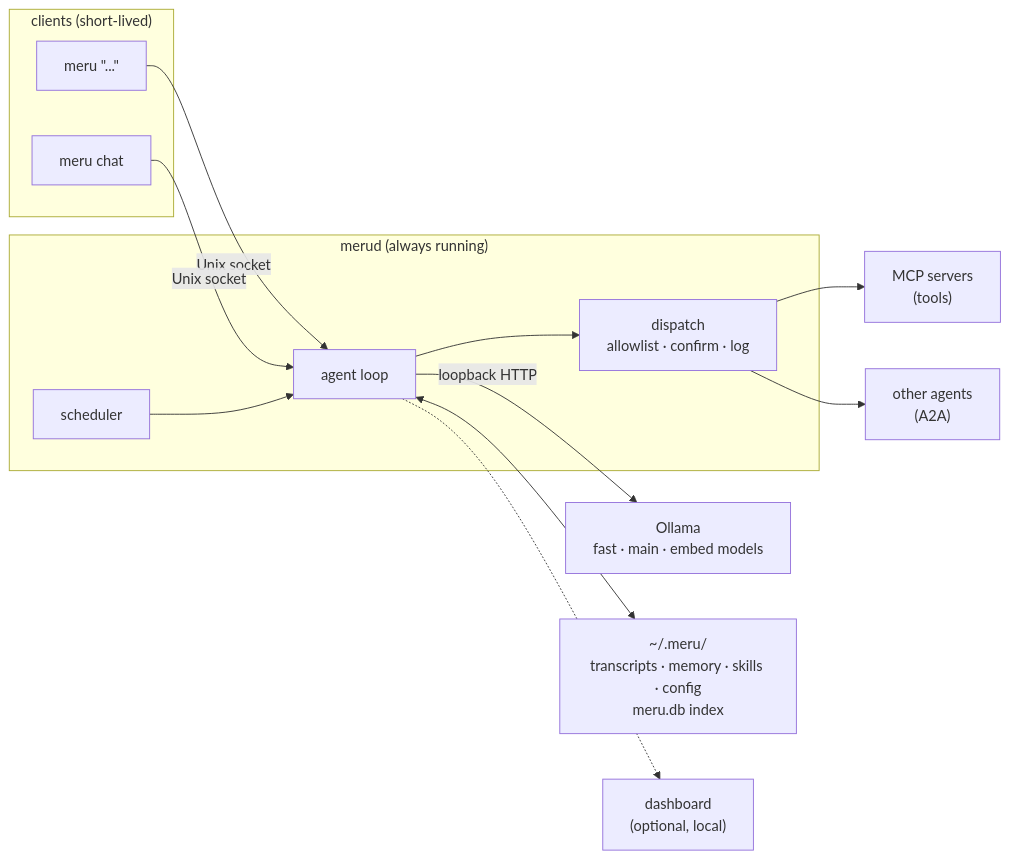
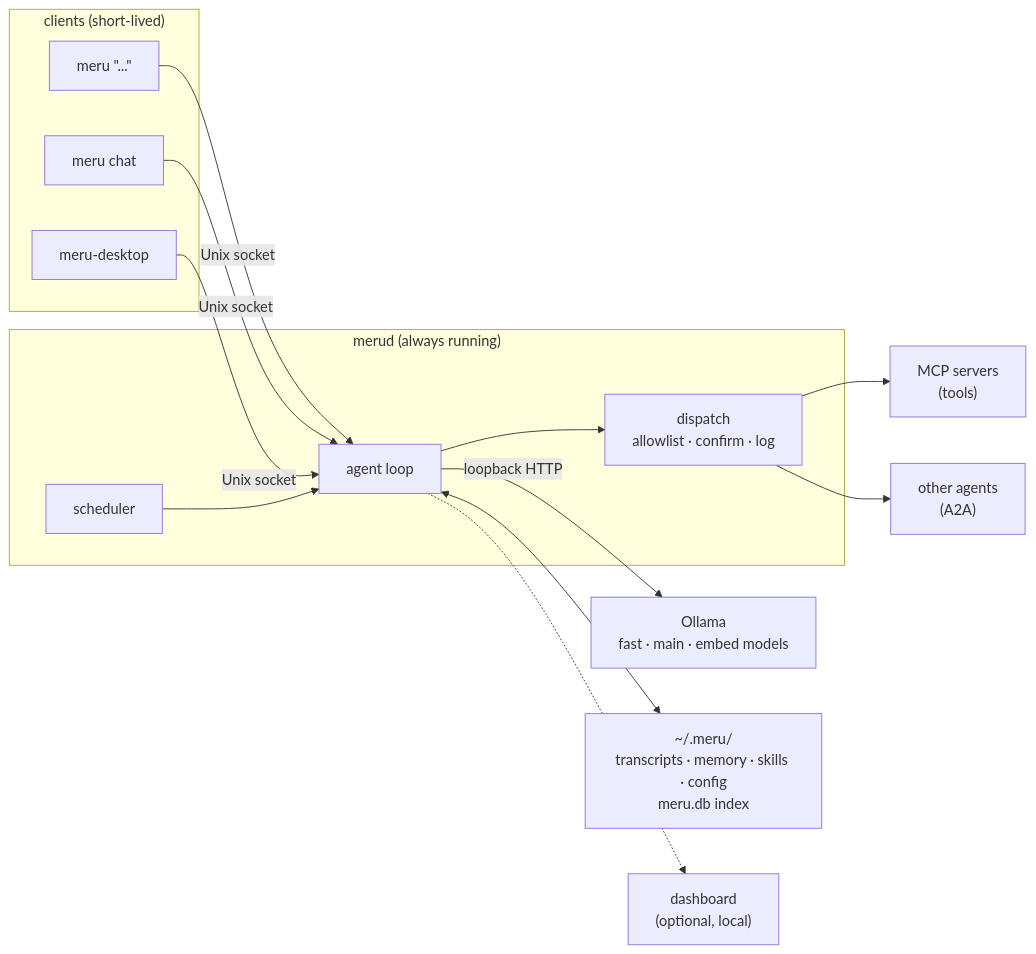
The first of 5 diagrams in docs/architecture/200.md (aarora79/meru), drawn with Mermaid before and after one commit. The commit also changed other lines of this file and 6 other files, not shown here.

First line of the commit message:
Design the desktop app in the architecture docs

````diff
--- a/docs/architecture/200.md
+++ b/docs/architecture/200.md
@@ -54,25 +55,26 @@
 ```mermaid
 flowchart LR
     subgraph clients["clients (short-lived)"]
         ONE["meru &quot;...&quot;"]
         CHAT["meru chat"]
+        DESK["meru-desktop"]
     end
     subgraph daemon["merud (always running)"]
         LOOP["agent loop"]
         SCHED["scheduler"]
         DISP["dispatch<br/>allowlist · confirm · log"]
     end
     OLL["Ollama<br/>fast · main · embed models"]
     FILES["~/.meru/<br/>transcripts · memory · skills · config<br/>meru.db index"]
     TOOLS["MCP servers<br/>(tools)"]
     AGENTS["other agents<br/>(A2A)"]
     OBS["dashboard<br/>(optional, local)"]
 
-    ONE & CHAT -- "Unix socket" --> LOOP
+    ONE & CHAT & DESK -- "Unix socket" --> LOOP
     SCHED --> LOOP
     LOOP -- "loopback HTTP" --> OLL
     LOOP <--> FILES
     LOOP --> DISP
     DISP --> TOOLS & AGENTS
     LOOP -.-> OBS
 ```
````
